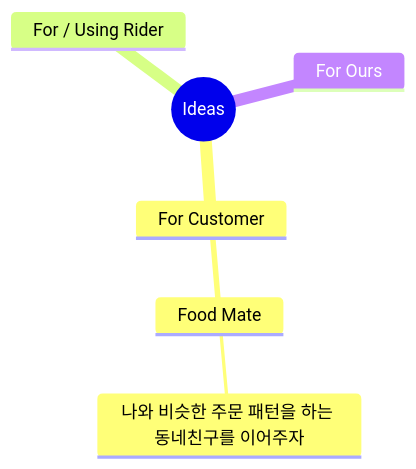
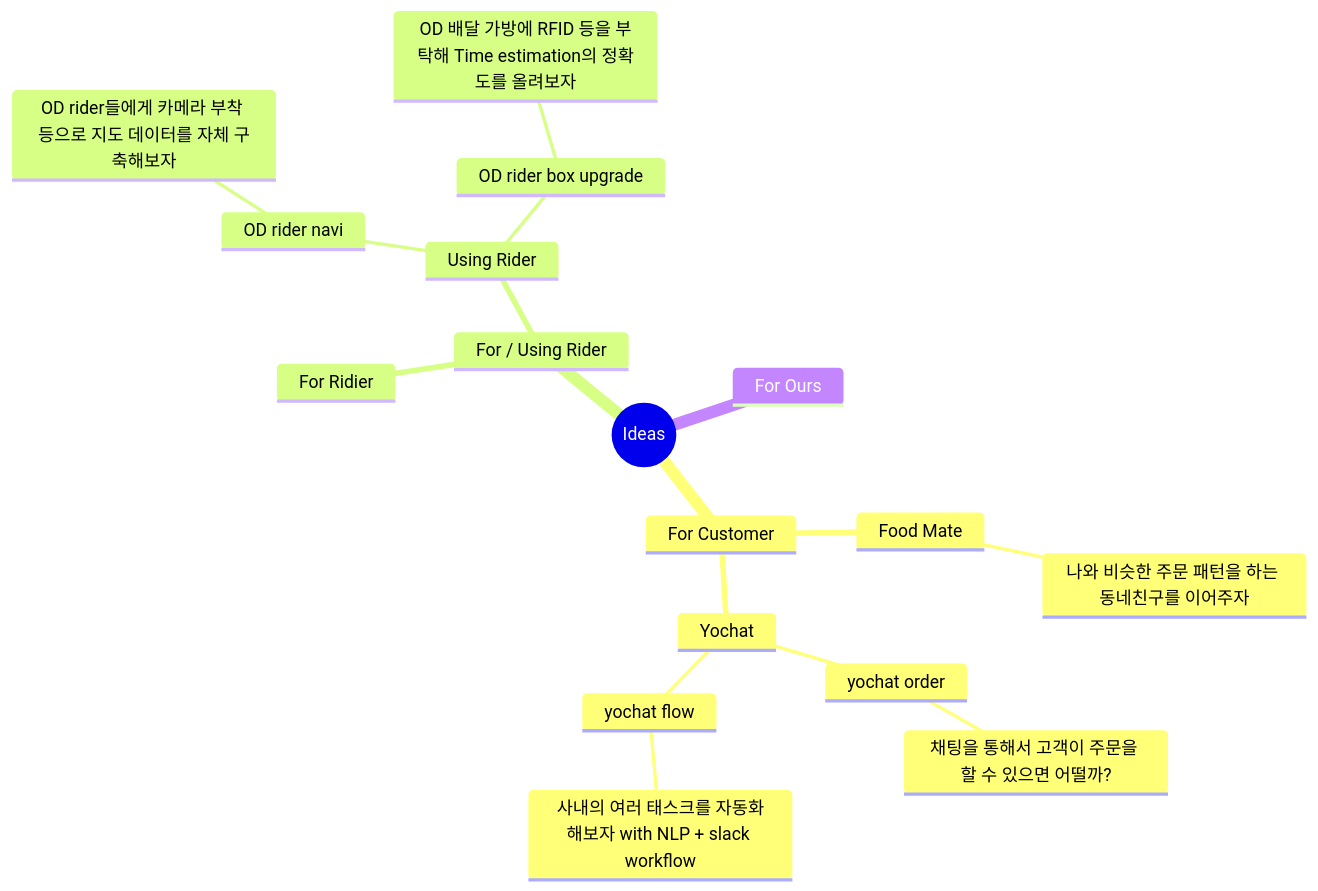
One commit to cheehoon-lee/2023-wesang-challenge changed the diagram in README.md. Above: the diagram before and after it, drawn with Mermaid.

````diff
--- a/README.md
+++ b/README.md
@@ -3,14 +3,26 @@
 ```mermaid
 mindmap
   root((Ideas))
     For Customer
       Food Mate
         나와 비슷한 주문 패턴을 하는 동네친구를 이어주자
+      Yochat
+        yochat order
+          채팅을 통해서 고객이 주문을 할 수 있으면 어떨까?
+        yochat flow
+          사내의 여러 태스크를 자동화해보자 with NLP + slack workflow
     For / Using Rider
-      
+      For Ridier
+      Using Rider
+        OD rider navi
+          OD rider들에게 카메라 부착 등으로 지도 데이터를 자체 구축해보자
+        OD rider box upgrade
+          OD 배달 가방에 RFID 등을 부탁해 Time estimation의 정확도를 올려보자
     For Ours
+    
+    
       
       
 
 
 ```
````
